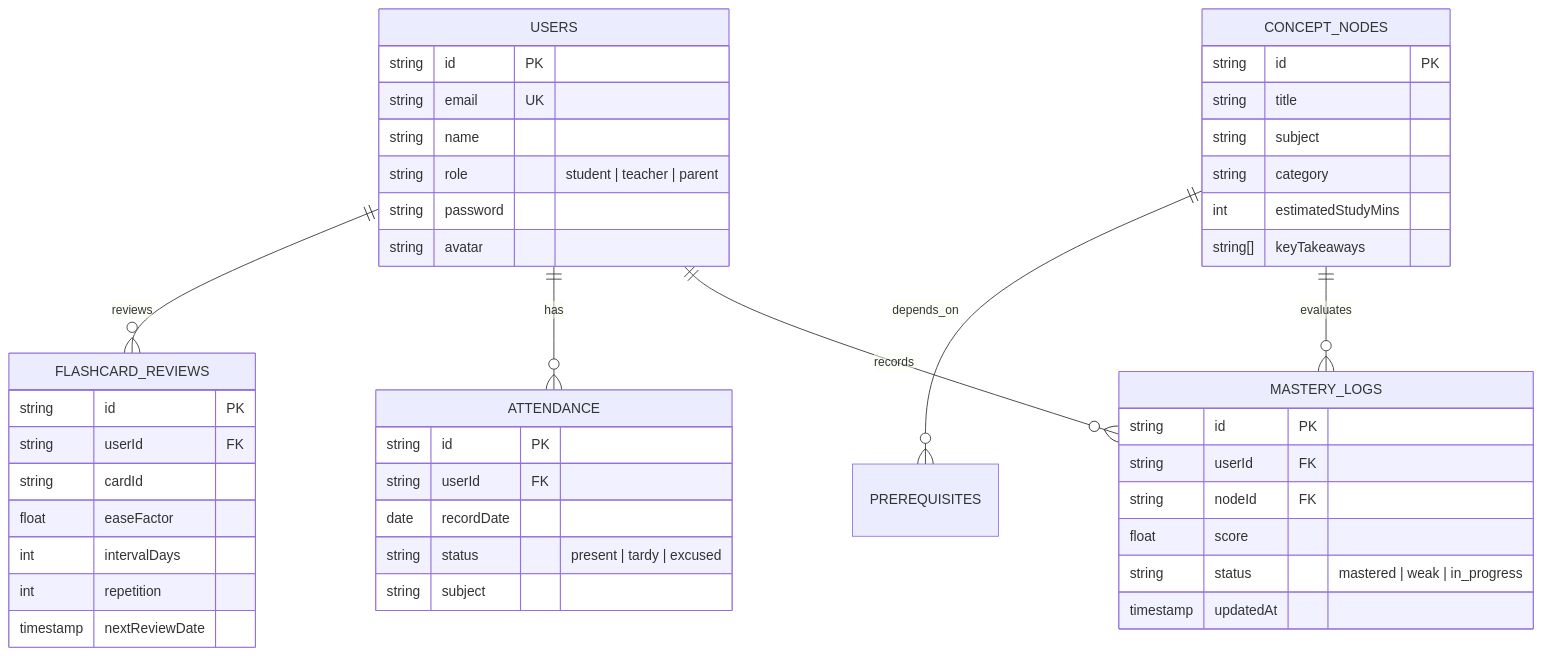
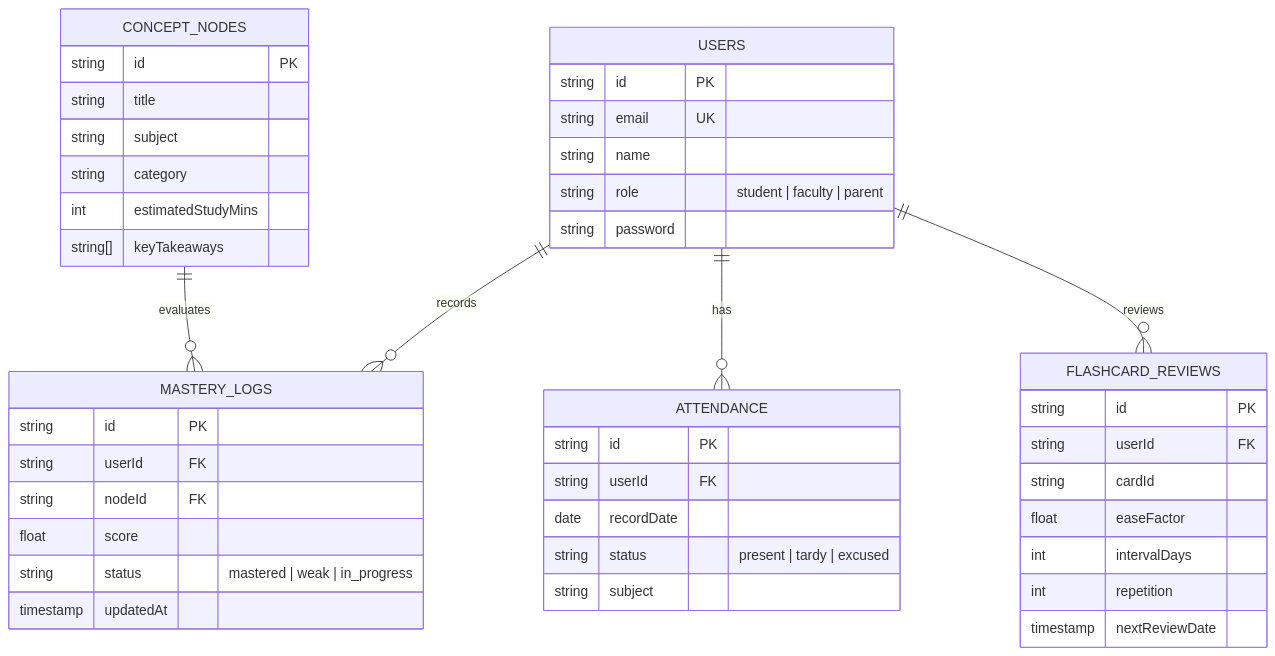
The second of 2 diagrams in README.md (10-Mohan/edtech), drawn with Mermaid before and after one commit. The commit also changed other lines of this file and 8 other files, not shown here.

````diff
--- a/README.md
+++ b/README.md
@@ -366,53 +367,51 @@
 ```mermaid
 erDiagram
     USERS ||--o{ MASTERY_LOGS : records
     USERS ||--o{ ATTENDANCE : has
     USERS ||--o{ FLASHCARD_REVIEWS : reviews
     CONCEPT_NODES ||--o{ MASTERY_LOGS : evaluates
-    CONCEPT_NODES ||--o{ PREREQUISITES : depends_on
 
     USERS {
         string id PK
         string email UK
         string name
-        string role "student | teacher | parent"
+        string role "student | faculty | parent"
         string password
-        string avatar
     }
 
     CONCEPT_NODES {
         string id PK
         string title
         string subject
         string category
         int estimatedStudyMins
         string[] keyTakeaways
     }
 
     MASTERY_LOGS {
         string id PK
         string userId FK
         string nodeId FK
         float score
         string status "mastered | weak | in_progress"
         timestamp updatedAt
     }
 
     ATTENDANCE {
         string id PK
         string userId FK
         date recordDate
         string status "present | tardy | excused"
         string subject
     }
 
     FLASHCARD_REVIEWS {
         string id PK
         string userId FK
         string cardId
         float easeFactor
         int intervalDays
         int repetition
         timestamp nextReviewDate
     }
 ```
````
